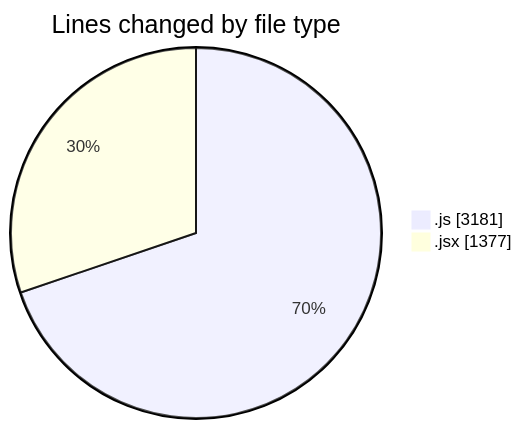
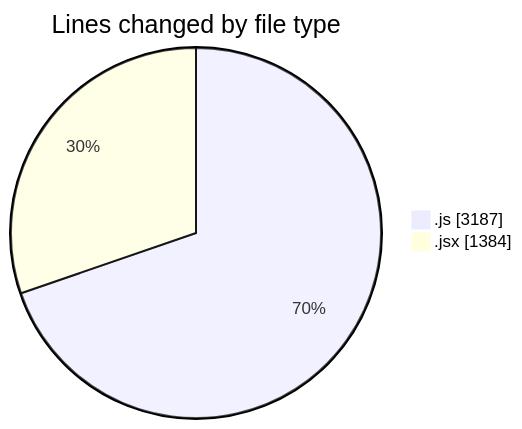
The first of 2 diagrams in 2025-07-23/nxtqube_webapp/README.md (nxtqubesakshisongat/code-tracking), drawn with Mermaid before and after one commit. The commit also changed other lines of this file and 1 other file, not shown here.

````diff
--- a/2025-07-23/nxtqube_webapp/README.md
+++ b/2025-07-23/nxtqube_webapp/README.md
@@ -42,6 +42,6 @@
 ```mermaid
 pie showData
 title Lines changed by file type
-".js" : 3181
-".jsx" : 1377
+".js" : 3187
+".jsx" : 1384
 ```
````
